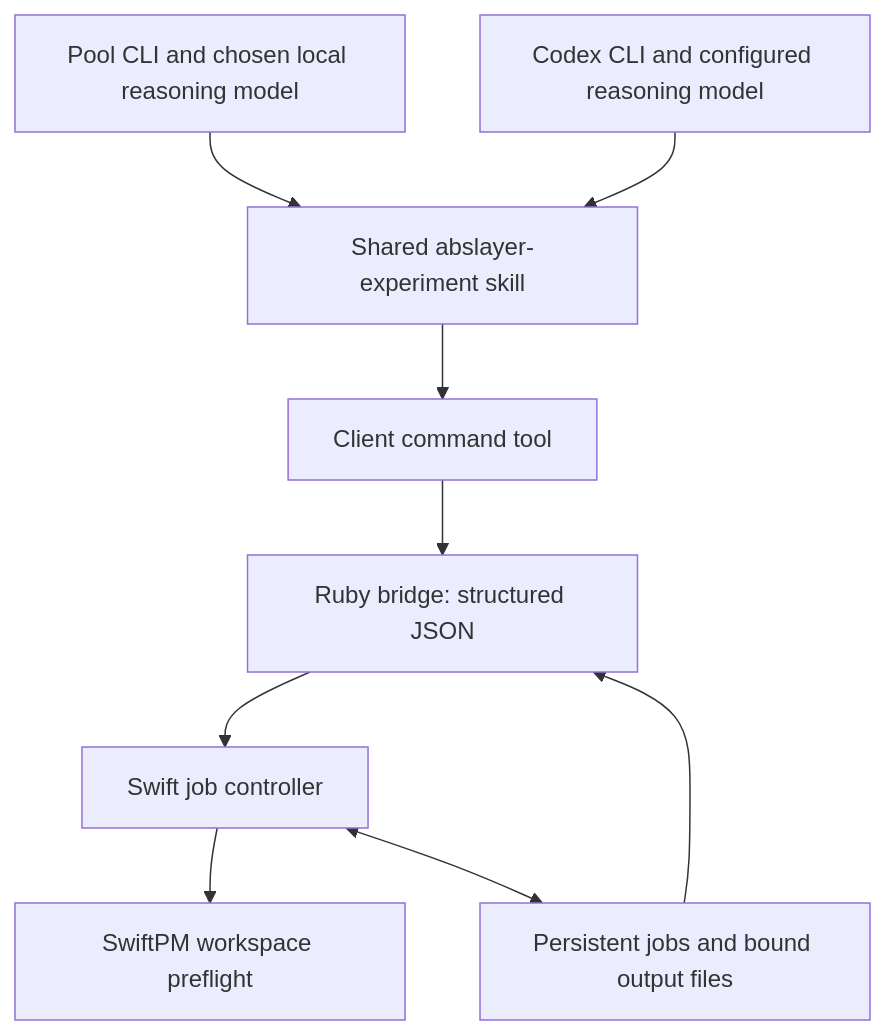
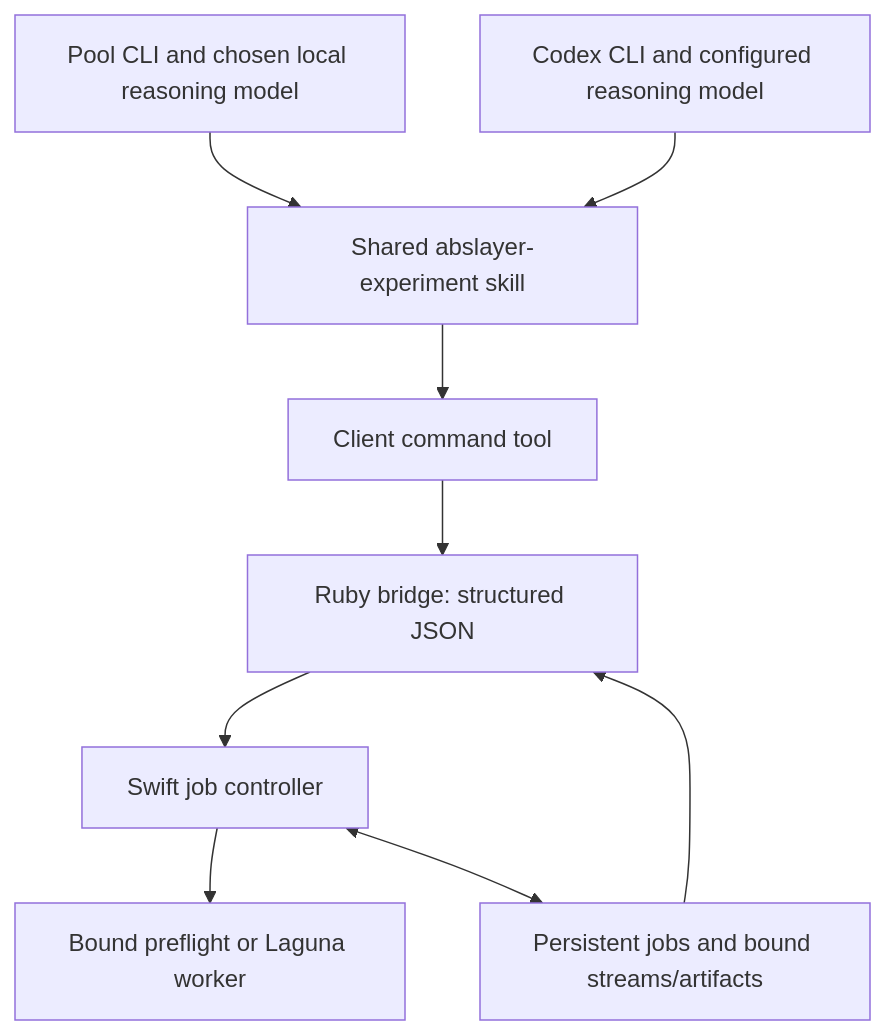
One commit to standrze/abslayer changed the diagram in Documentation/Harness.md. Above: the diagram before and after it, drawn with Mermaid. The commit also changed other lines of this file and 18 other files, not shown here.

````diff
--- a/Documentation/Harness.md
+++ b/Documentation/Harness.md
@@ -16,11 +17,11 @@
 ```mermaid
 flowchart TD
     P[Pool CLI and chosen local reasoning model] --> S[Shared abslayer-experiment skill]
     C[Codex CLI and configured reasoning model] --> S
     S --> T[Client command tool]
     T --> B[Ruby bridge: structured JSON]
     B --> H[Swift job controller]
-    H --> W[SwiftPM workspace preflight]
-    H <--> D[Persistent jobs and bound output files]
+    H --> W[Bound preflight or Laguna worker]
+    H <--> D[Persistent jobs and bound streams/artifacts]
     D --> B
 ```
````
